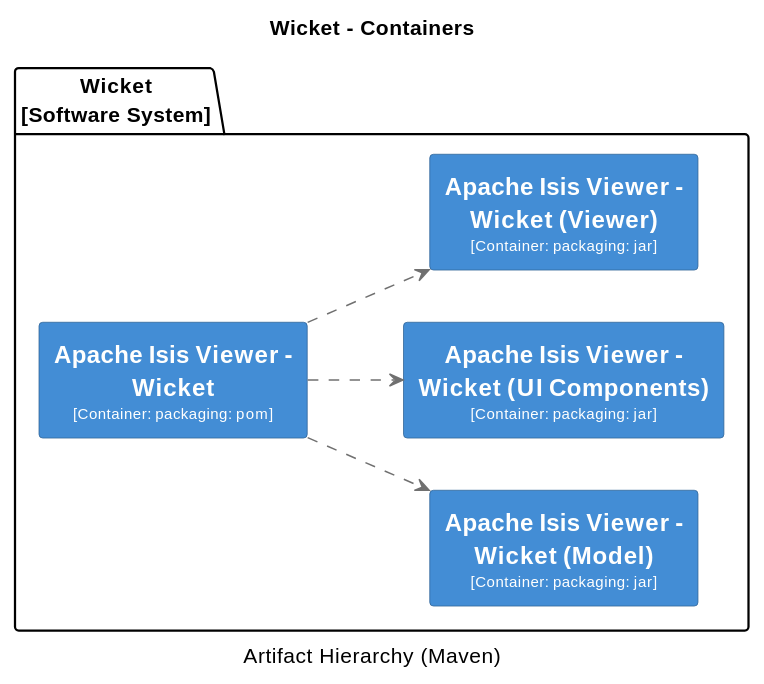
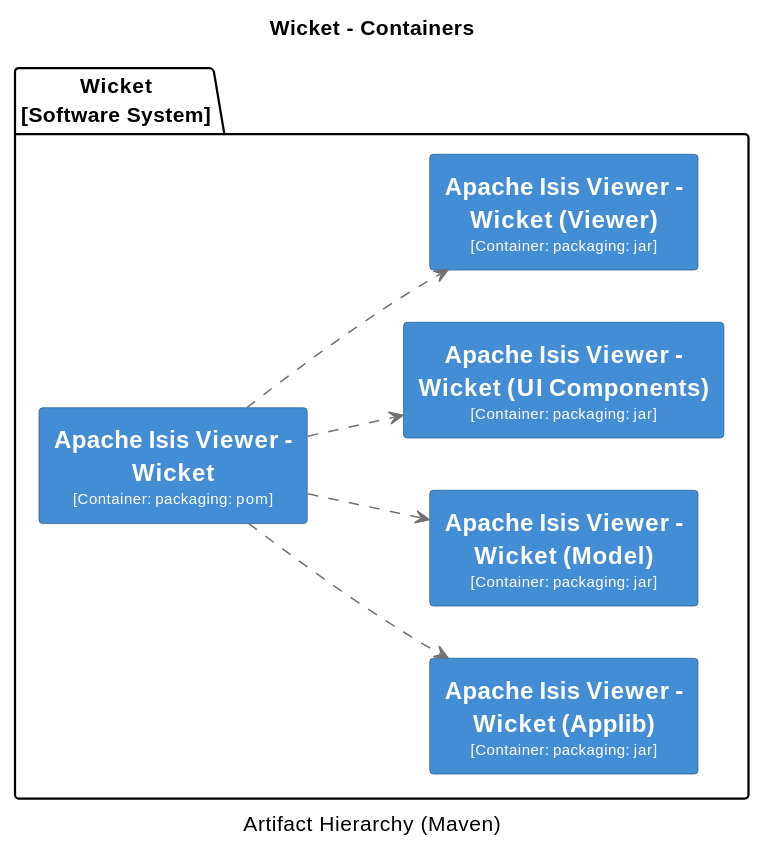
Before and after one commit to apache/causeway: diagram 16 of 31 in core/adoc/modules/_overview/pages/about.adoc, drawn with PlantUML. The commit also changed other lines of this file and 4 other files, not shown here.

```diff
--- a/core/adoc/modules/_overview/pages/about.adoc
+++ b/core/adoc/modules/_overview/pages/about.adoc
@@ -2980,46 +2981,53 @@
 [plantuml,Wicket,svg]
 ----
 @startuml(id=Wicket)
 title Wicket - Containers
 caption Artifact Hierarchy (Maven)
 
 skinparam {
   shadowing false
   arrowFontSize 10
   defaultTextAlignment center
   wrapWidth 200
   maxMessageSize 100
 }
 hide stereotype
 left to right direction
 skinparam rectangle<<2>> {
   BackgroundColor #438dd5
   FontColor #fffffe
   BorderColor #2E6295
 }
 skinparam rectangle<<3>> {
   BackgroundColor #438dd5
   FontColor #fffffe
   BorderColor #2E6295
 }
 skinparam rectangle<<4>> {
   BackgroundColor #438dd5
   FontColor #fffffe
   BorderColor #2E6295
 }
 skinparam rectangle<<5>> {
   BackgroundColor #438dd5
   FontColor #fffffe
   BorderColor #2E6295
 }
+skinparam rectangle<<6>> {
+  BackgroundColor #438dd5
+  FontColor #fffffe
+  BorderColor #2E6295
+}
 package "Wicket\n[Software System]" {
   rectangle "==Apache Isis Viewer - Wicket\n<size:10>[Container: packaging: pom]</size>" <<2>> as 2
-  rectangle "==Apache Isis Viewer - Wicket (Model)\n<size:10>[Container: packaging: jar]</size>" <<3>> as 3
-  rectangle "==Apache Isis Viewer - Wicket (UI Components)\n<size:10>[Container: packaging: jar]</size>" <<4>> as 4
-  rectangle "==Apache Isis Viewer - Wicket (Viewer)\n<size:10>[Container: packaging: jar]</size>" <<5>> as 5
+  rectangle "==Apache Isis Viewer - Wicket (Applib)\n<size:10>[Container: packaging: jar]</size>" <<3>> as 3
+  rectangle "==Apache Isis Viewer - Wicket (Model)\n<size:10>[Container: packaging: jar]</size>" <<4>> as 4
+  rectangle "==Apache Isis Viewer - Wicket (UI Components)\n<size:10>[Container: packaging: jar]</size>" <<5>> as 5
+  rectangle "==Apache Isis Viewer - Wicket (Viewer)\n<size:10>[Container: packaging: jar]</size>" <<6>> as 6
 }
 2 .[#707070].> 3 : ""
 2 .[#707070].> 4 : ""
 2 .[#707070].> 5 : ""
+2 .[#707070].> 6 : ""
 @enduml
 ----
```
